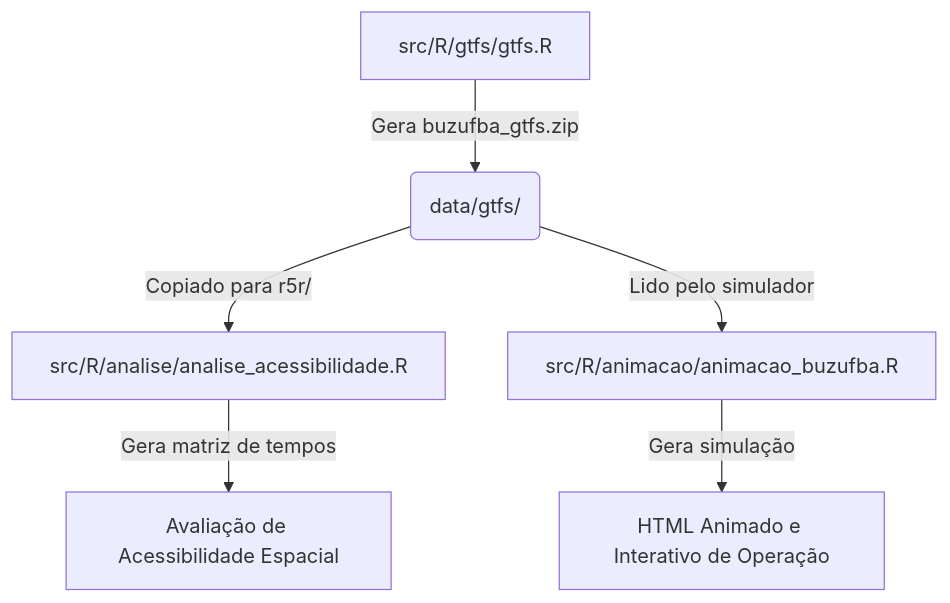
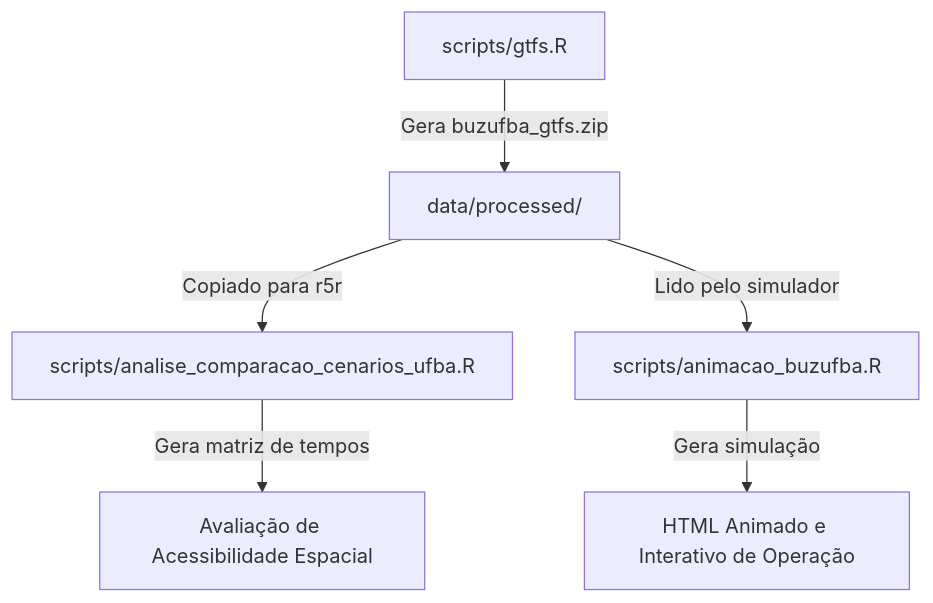
One commit to gabrielcury30/buzufba-gtfs changed the diagram in README.md. Above: the diagram before and after it, drawn with Mermaid. The commit also changed other lines of this file and 6 other files, not shown here.

````diff
--- a/README.md
+++ b/README.md
@@ -129,8 +112,8 @@
 ```mermaid
 graph TD
-    A[src/R/gtfs/gtfs.R] -->|Gera buzufba_gtfs.zip| B(data/gtfs/)
-    B -->|Copiado para r5r/| C[src/R/analise/analise_acessibilidade.R]
-    B -->|Lido pelo simulador| D[src/R/animacao/animacao_buzufba.R]
+    A[scripts/gtfs.R] -->|Gera buzufba_gtfs.zip| B[data/processed/]
+    B -->|Copiado para r5r| C[scripts/analise_comparacao_cenarios_ufba.R]
+    B -->|Lido pelo simulador| D[scripts/animacao_buzufba.R]
     C -->|Gera matriz de tempos| E[Avaliação de Acessibilidade Espacial]
     D -->|Gera simulação| F[HTML Animado e Interativo de Operação]
 ```
````
